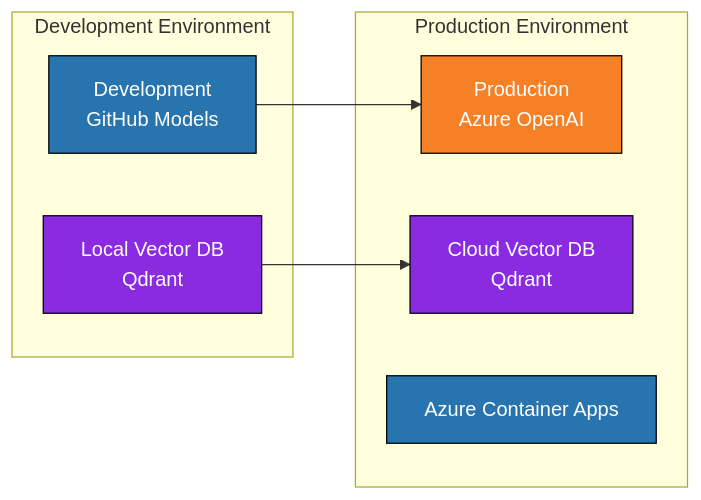
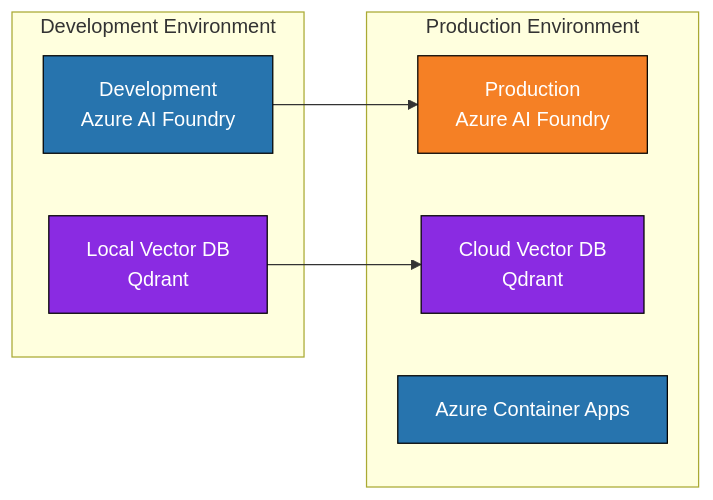
Before and after one commit to dotnet-presentations/ai-workshop: the third of 3 diagrams in README.md, drawn with Mermaid. The commit also changed other lines of this file and 7 other files, not shown here.

First line of the commit message:
Make Azure AI Foundry the primary AI provider across Parts 1-6 (#492) (#498)

````diff
--- a/README.md
+++ b/README.md
@@ -96,24 +96,24 @@
 ```mermaid
 flowchart LR
-    Dev[Development<br>GitHub Models] --> Prod[Production<br>Azure OpenAI]
+    Dev[Development<br>Azure AI Foundry] --> Prod[Production<br>Azure AI Foundry]
     Local[Local Vector DB<br>Qdrant] --> Cloud[Cloud Vector DB<br>Qdrant]
     
     subgraph Development Environment
         Dev
         Local
     end
     
     subgraph Production Environment
         Prod
         Cloud
         ACA[Azure Container Apps]
     end
     
     classDef devnode fill:#2774AE,stroke:#000,color:#fff
     classDef prodnode fill:#F58025,stroke:#000,color:#fff
     classDef dbnode fill:#8A2BE2,stroke:#000,color:#fff
     
     class Dev,ACA devnode
     class Prod prodnode
     class Local,Cloud dbnode
 ```
````
